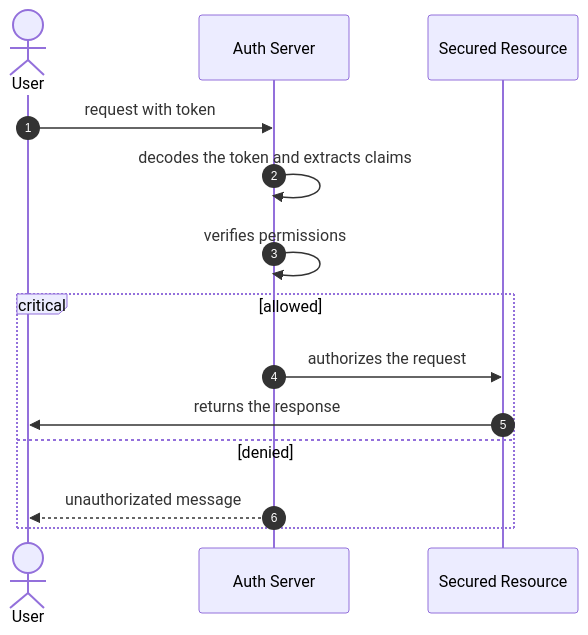
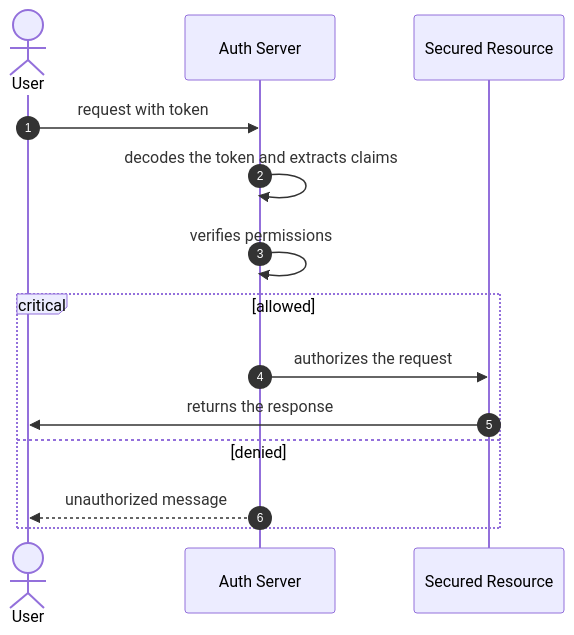
Before and after one commit to hsandmann/platform: the second of 2 diagrams in docs/security.md, drawn with Mermaid.

Commit message:
Initial Version

````diff
--- a/docs/security.md
+++ b/docs/security.md
@@ -41,14 +41,14 @@
 ``` mermaid
 sequenceDiagram
   autonumber
   actor User
   User->>Auth Server: request with token
   Auth Server->>Auth Server: decodes the token and extracts claims
   Auth Server->>Auth Server: verifies permissions
   critical allowed
     Auth Server->>Secured Resource: authorizes the request
     Secured Resource->>User: returns the response
   option denied
-    Auth Server-->>User: unauthorizated message
+    Auth Server-->>User: unauthorized message
   end  
 ```
````
